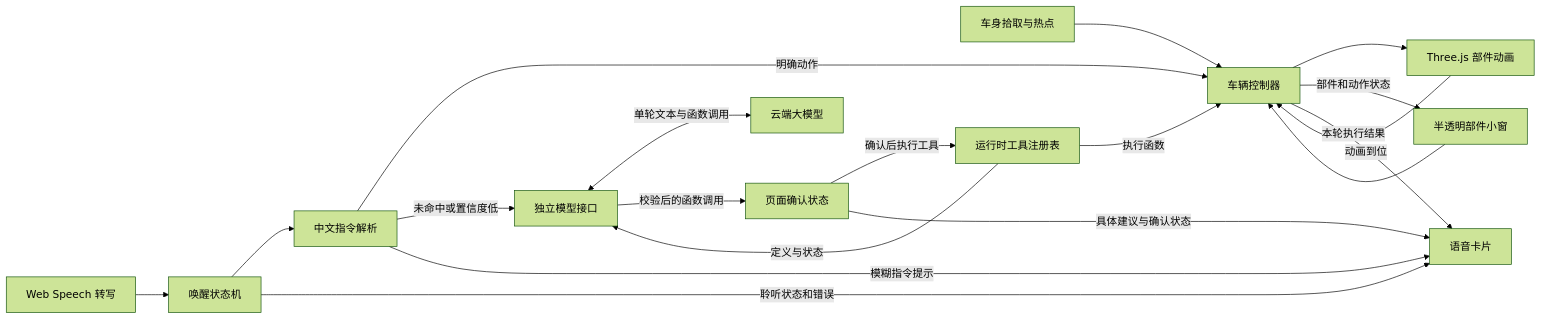
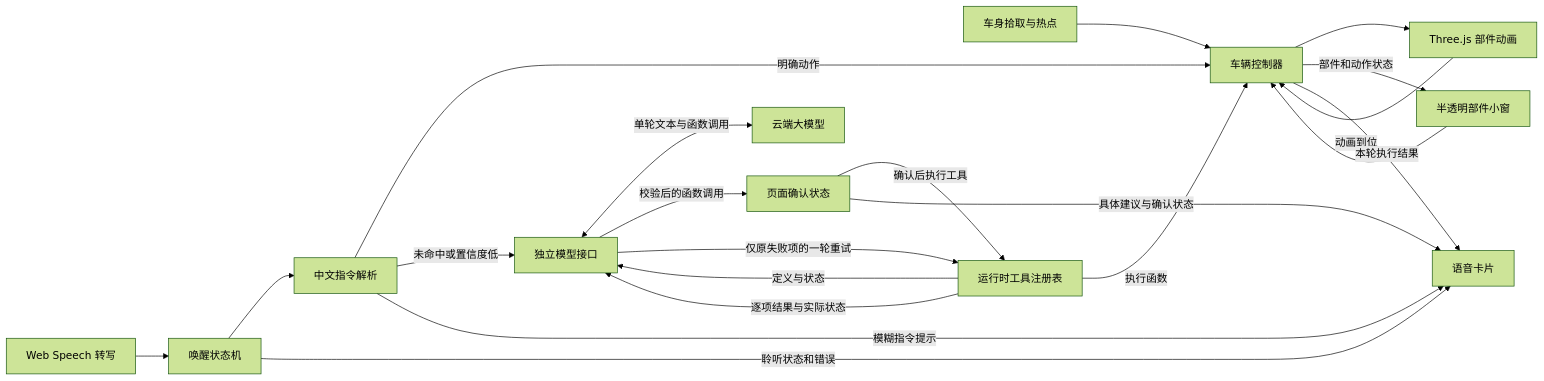
The diagram in 3D仿真车模Demo落地方案与项目架构.md (Houyanbin2002/3DCar), drawn with Mermaid (forest theme) before and after one commit. The commit also changed other lines of this file and 13 other files, not shown here.

````diff
--- a/3D仿真车模Demo落地方案与项目架构.md
+++ b/3D仿真车模Demo落地方案与项目架构.md
@@ -30,21 +30,23 @@
 ```mermaid
 flowchart LR
     H[车身拾取与热点] --> C[车辆控制器]
     P[半透明部件小窗] --> C
     R[Web Speech 转写] --> V[唤醒状态机]
     V --> D[中文指令解析]
     D -->|明确动作| C
     D -->|未命中或置信度低| I[独立模型接口]
     G[运行时工具注册表] -->|定义与状态| I
     I <-->|单轮文本与函数调用| L[云端大模型]
     I -->|校验后的函数调用| F[页面确认状态]
     F -->|确认后执行工具| G
+    G -->|逐项结果与实际状态| I
+    I -->|仅原失败项的一轮重试| G
     G -->|执行函数| C
     C --> T[Three.js 部件动画]
     T -->|动画到位| C
     C -->|部件和动作状态| P
     C -->|本轮执行结果| S[语音卡片]
     V -->|聆听状态和错误| S
     D -->|模糊指令提示| S
     F -->|具体建议与确认状态| S
 ```
````
